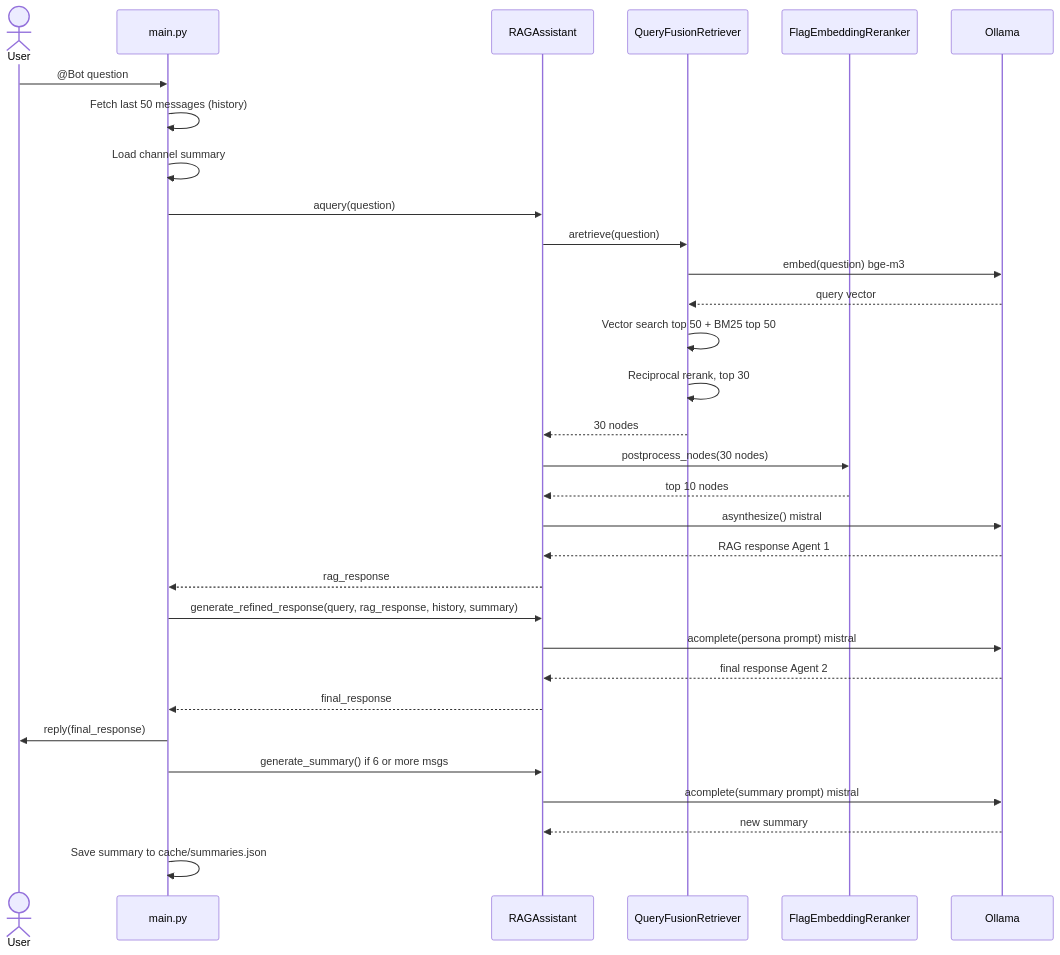
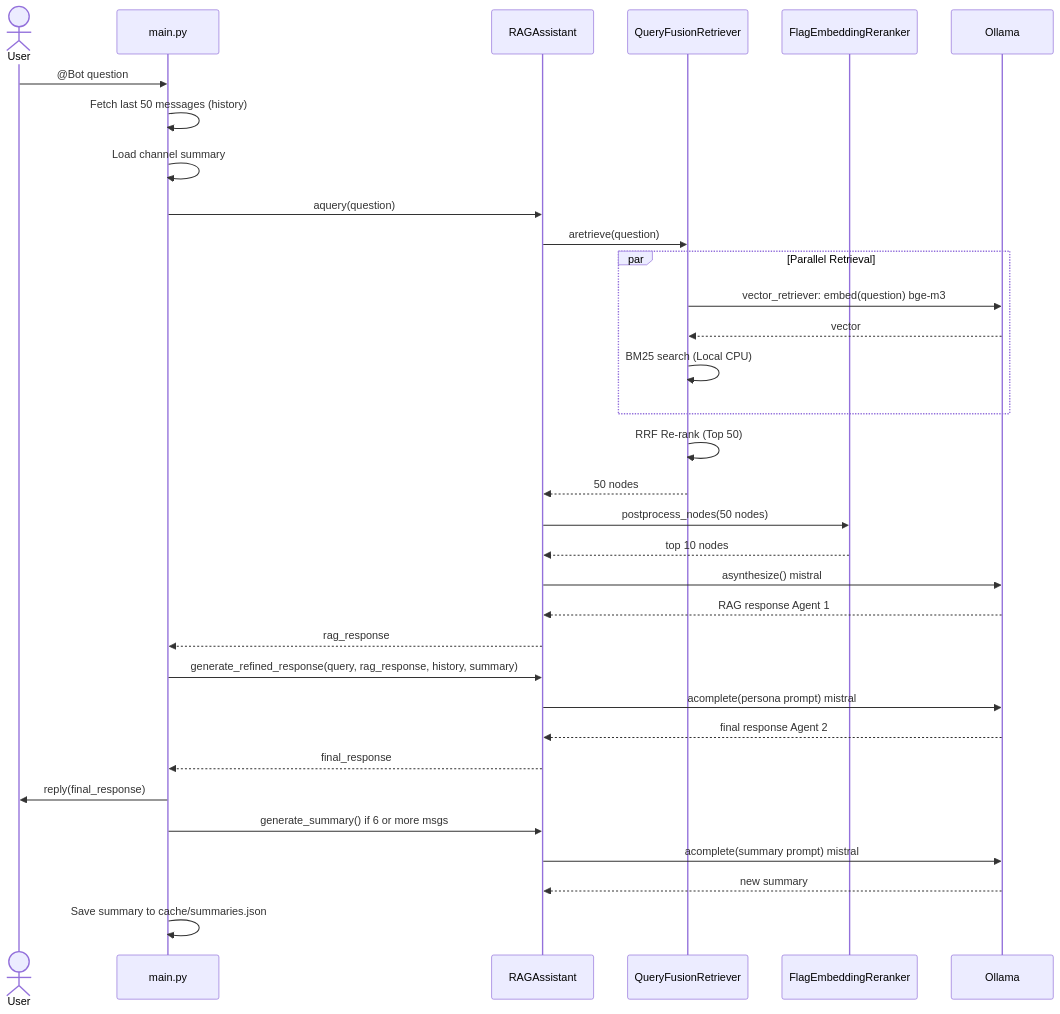
The second of 3 diagrams in architecture.md (vp-1591/discord-assistant), drawn with Mermaid before and after one commit. The commit also changed other lines of this file and 5 other files, not shown here.

Commit message:
feat: tune prompts, refine RAG retrieval with increased RRF candidates and parallel processing, add summary logging and make ollama start in another terminal

````diff
--- a/architecture.md
+++ b/architecture.md
@@ -104,34 +104,36 @@
 ```mermaid
 sequenceDiagram
     actor User
     participant Bot as main.py
     participant RAG as RAGAssistant
     participant Fusion as QueryFusionRetriever
     participant Reranker as FlagEmbeddingReranker
     participant Ollama
 
     User->>Bot: @Bot question
     Bot->>Bot: Fetch last 50 messages (history)
     Bot->>Bot: Load channel summary
     Bot->>RAG: aquery(question)
     RAG->>Fusion: aretrieve(question)
-    Fusion->>Ollama: embed(question) bge-m3
-    Ollama-->>Fusion: query vector
-    Fusion->>Fusion: Vector search top 50 + BM25 top 50
-    Fusion->>Fusion: Reciprocal rerank, top 30
-    Fusion-->>RAG: 30 nodes
-    RAG->>Reranker: postprocess_nodes(30 nodes)
+    par Parallel Retrieval
+        Fusion->>Ollama: vector_retriever: embed(question) bge-m3
+        Ollama-->>Fusion: vector
+        Fusion->>Fusion: BM25 search (Local CPU)
+    end
+    Fusion->>Fusion: RRF Re-rank (Top 50)
+    Fusion-->>RAG: 50 nodes
+    RAG->>Reranker: postprocess_nodes(50 nodes)
     Reranker-->>RAG: top 10 nodes
     RAG->>Ollama: asynthesize() mistral
     Ollama-->>RAG: RAG response Agent 1
     RAG-->>Bot: rag_response
     Bot->>RAG: generate_refined_response(query, rag_response, history, summary)
     RAG->>Ollama: acomplete(persona prompt) mistral
     Ollama-->>RAG: final response Agent 2
     RAG-->>Bot: final_response
     Bot->>User: reply(final_response)
     Bot->>RAG: generate_summary() if 6 or more msgs
     RAG->>Ollama: acomplete(summary prompt) mistral
     Ollama-->>RAG: new summary
     Bot->>Bot: Save summary to cache/summaries.json
 ```
````
